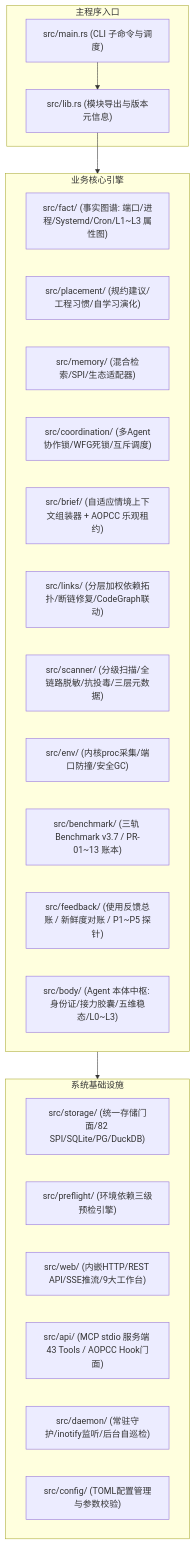
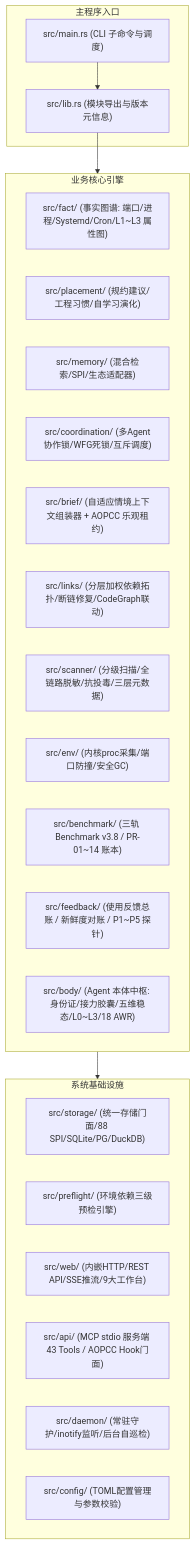
One commit to digoal/agent-body changed the first of 2 diagrams in docs/arch/02-for-developers.md. Above: the diagram before and after it, drawn with Mermaid. The commit also changed other lines of this file and 181 other files, not shown here.

Commit message:
chore(release): complete Phase 56 architecture governance & Phase 57 v1.0.0 GA

````diff
--- a/docs/arch/02-for-developers.md
+++ b/docs/arch/02-for-developers.md
@@ -13,34 +13,34 @@
 ```mermaid
 graph TD
     subgraph MainApp["主程序入口"]
         M["src/main.rs (CLI 子命令与调度)"]
         L["src/lib.rs (模块导出与版本元信息)"]
     end
 
         subgraph CoreEngines["业务核心引擎"]
             FACT["src/fact/ (事实图谱: 端口/进程/Systemd/Cron/L1~L3 属性图)"]
             PLACE["src/placement/ (规约建议/工程习惯/自学习演化)"]
             MEM["src/memory/ (混合检索/SPI/生态适配器)"]
             COORD["src/coordination/ (多Agent协作锁/WFG死锁/互斥调度)"]
             BRIEF["src/brief/ (自适应情境上下文组装器 + AOPCC 乐观租约)"]
             LINKS["src/links/ (分层加权依赖拓扑/断链修复/CodeGraph联动)"]
             SCAN["src/scanner/ (分级扫描/全链路脱敏/抗投毒/三层元数据)"]
             ENV["src/env/ (内核proc采集/端口防撞/安全GC)"]
-            BENCH["src/benchmark/ (三轨 Benchmark v3.7 / PR-01~13 账本)"]
+            BENCH["src/benchmark/ (三轨 Benchmark v3.8 / PR-01~14 账本)"]
             FB["src/feedback/ (使用反馈总账 / 新鲜度对账 / P1~P5 探针)"]
-            BODY["src/body/ (Agent 本体中枢: 身份证/接力胶囊/五维稳态/L0~L3)"]
+            BODY["src/body/ (Agent 本体中枢: 身份证/接力胶囊/五维稳态/L0~L3/18 AWR)"]
         end
 
     subgraph Infrastructure["系统基础设施"]
-        STORAGE["src/storage/ (统一存储门面/82 SPI/SQLite/PG/DuckDB)"]
+        STORAGE["src/storage/ (统一存储门面/88 SPI/SQLite/PG/DuckDB)"]
         PRE["src/preflight/ (环境依赖三级预检引擎)"]
         WEB["src/web/ (内嵌HTTP/REST API/SSE推流/9大工作台)"]
         MCP["src/api/ (MCP stdio 服务端 43 Tools / AOPCC Hook门面)"]
         DAEMON["src/daemon/ (常驻守护/inotify监听/后台自巡检)"]
         CFG["src/config/ (TOML配置管理与参数校验)"]
     end
 
     M --> L
     L --> CoreEngines
     CoreEngines --> Infrastructure
 ```
````
